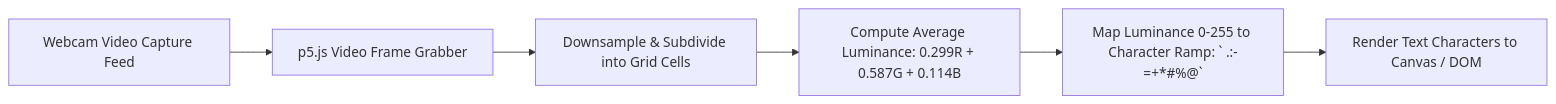
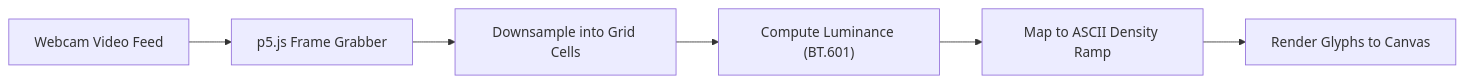
One commit to nagarajpoojari404/opennotes changed the diagram in content/projects/ascii-art.md. Above: the diagram before and after it, drawn with Mermaid. The commit also changed 3 other files, not shown here.

````diff
--- a/content/projects/ascii-art.md
+++ b/content/projects/ascii-art.md
@@ -18,8 +18,8 @@
 ```mermaid
 flowchart LR
-    Webcam[Webcam Video Capture Feed] --> Capture[p5.js Video Frame Grabber]
-    Capture --> Grid[Downsample & Subdivide into Grid Cells]
-    Grid --> Luminance[Compute Average Luminance: 0.299R + 0.587G + 0.114B]
-    Luminance --> DensityMap[Map Luminance 0-255 to Character Ramp: ` .:-=+*#%@`]
-    DensityMap --> Canvas[Render Text Characters to Canvas / DOM]
+    Webcam["Webcam Video Feed"] --> Capture["p5.js Frame Grabber"]
+    Capture --> Grid["Downsample into Grid Cells"]
+    Grid --> Luminance["Compute Luminance (BT.601)"]
+    Luminance --> DensityMap["Map to ASCII Density Ramp"]
+    DensityMap --> Canvas["Render Glyphs to Canvas"]
 ```
````
